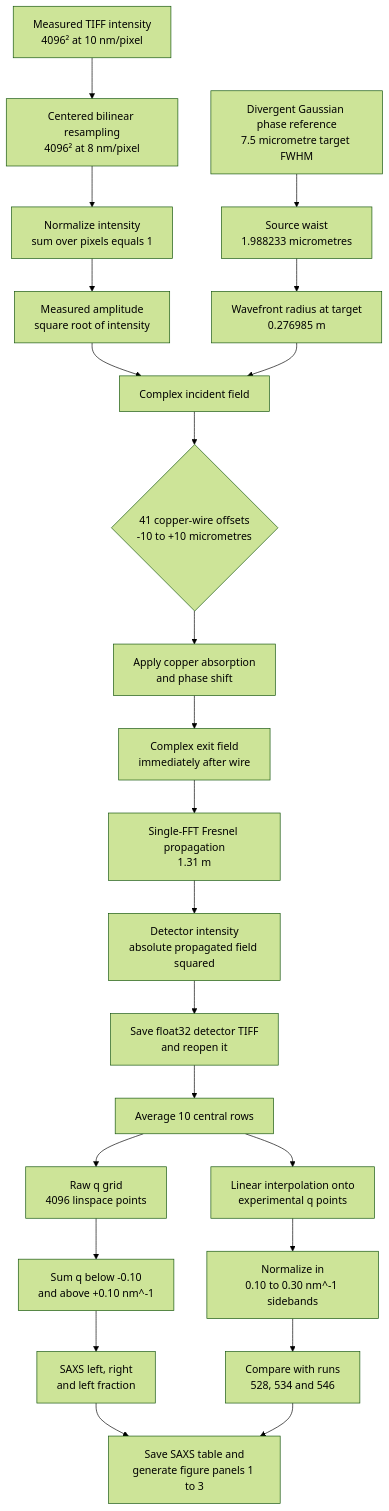
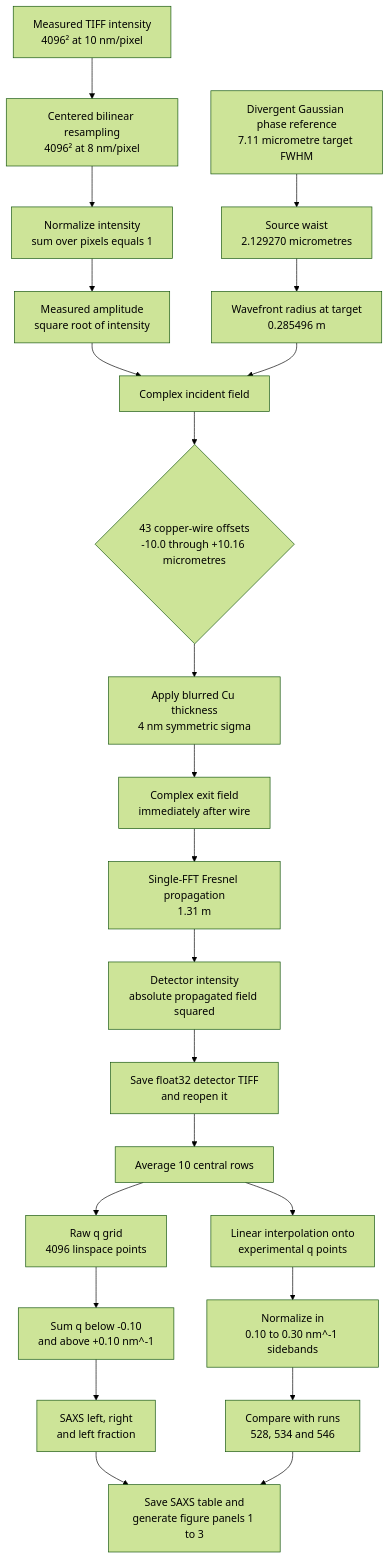
One commit to wenfe/PCI_Codebase changed the second of 2 diagrams in PCI_Codebase/docs/saxs_calculation_workflows.md. Above: the diagram before and after it, drawn with Mermaid (forest theme). The commit also changed other lines of this file and 9 other files, not shown here.

Commit message:
NEW Refactor SigmaL + Offset Spacing+ q shift

````diff
--- a/PCI_Codebase/docs/saxs_calculation_workflows.md
+++ b/PCI_Codebase/docs/saxs_calculation_workflows.md
@@ -254,30 +377,30 @@
 ```mermaid
 flowchart TD
     A["Measured TIFF intensity<br/>4096² at 10 nm/pixel"] --> B["Centered bilinear resampling<br/>4096² at 8 nm/pixel"]
     B --> C["Normalize intensity<br/>sum over pixels equals 1"]
     C --> D["Measured amplitude<br/>square root of intensity"]
 
-    P["Divergent Gaussian phase reference<br/>7.5 micrometre target FWHM"] --> P1["Source waist<br/>1.988233 micrometres"]
-    P1 --> P2["Wavefront radius at target<br/>0.276985 m"]
+    P["Divergent Gaussian phase reference<br/>7.11 micrometre target FWHM"] --> P1["Source waist<br/>2.129270 micrometres"]
+    P1 --> P2["Wavefront radius at target<br/>0.285496 m"]
     D --> E["Complex incident field"]
     P2 --> E
 
-    E --> F{"41 copper-wire offsets<br/>-10 to +10 micrometres"}
-    F --> G["Apply copper absorption<br/>and phase shift"]
+    E --> F{"43 copper-wire offsets<br/>-10.0 through +10.16 micrometres"}
+    F --> G["Apply blurred Cu thickness<br/>4 nm symmetric sigma"]
     G --> H["Complex exit field<br/>immediately after wire"]
     H --> I["Single-FFT Fresnel propagation<br/>1.31 m"]
     I --> J["Detector intensity<br/>absolute propagated field squared"]
     J --> K["Save float32 detector TIFF<br/>and reopen it"]
     K --> L["Average 10 central rows"]
 
     L --> M["Raw q grid<br/>4096 linspace points"]
     M --> N["Sum q below -0.10<br/>and above +0.10 nm^-1"]
     N --> O["SAXS left, right<br/>and left fraction"]
 
     L --> Q["Linear interpolation onto<br/>experimental q points"]
     Q --> R["Normalize in<br/>0.10 to 0.30 nm^-1 sidebands"]
     R --> S["Compare with runs<br/>528, 534 and 546"]
 
     O --> T["Save SAXS table and<br/>generate figure panels 1 to 3"]
     S --> T
 ```
````
